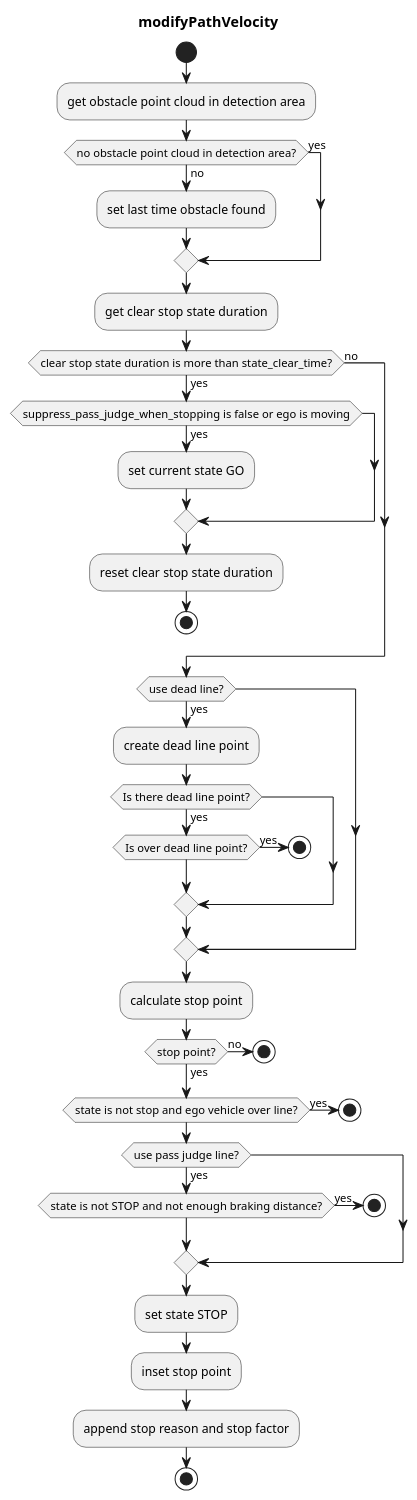
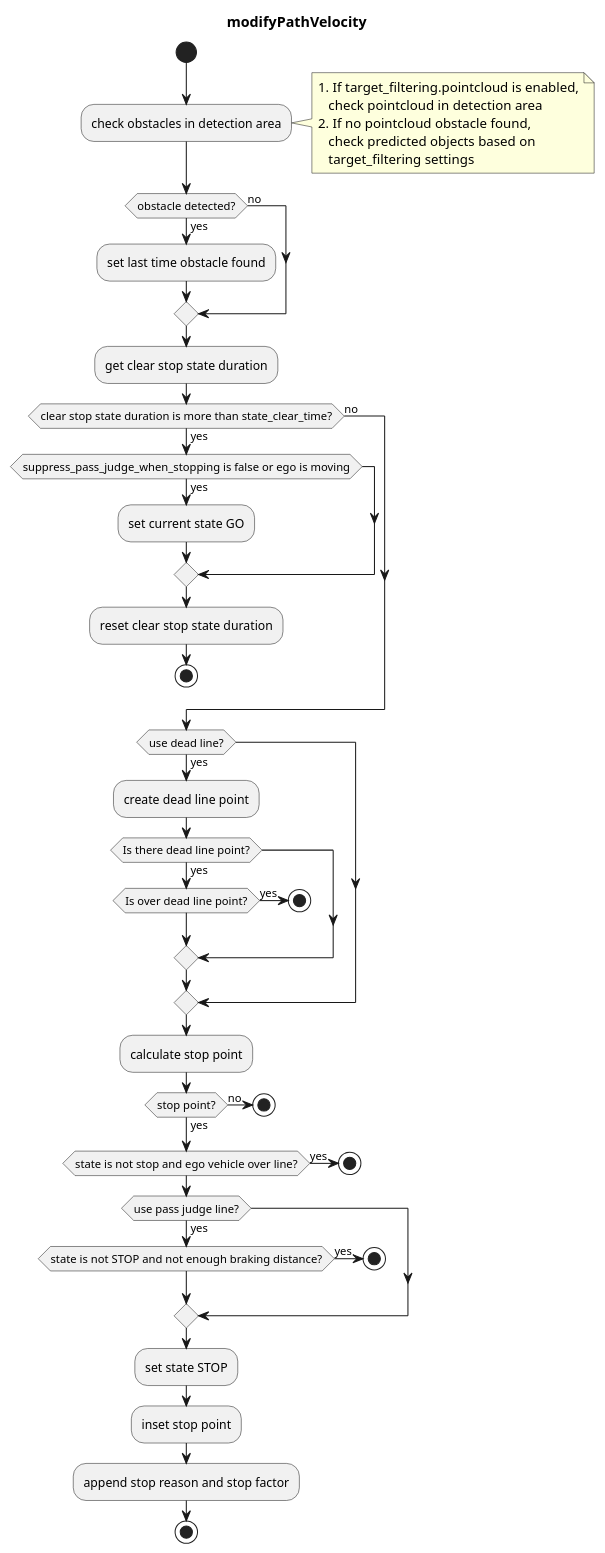
The diagram in planning/behavior_velocity_planner/autoware_behavior_velocity_detection_area_module/README.md (autowarefoundation/autoware_universe), drawn with PlantUML before and after one commit. The commit also changed other lines of this file and 8 other files, not shown here.

First line of the commit message:
feat(detection_area): enhance obstacle detection with target filtering for various object types

````diff
--- a/planning/behavior_velocity_planner/autoware_behavior_velocity_detection_area_module/README.md
+++ b/planning/behavior_velocity_planner/autoware_behavior_velocity_detection_area_module/README.md
@@ -39,59 +63,66 @@
 ```plantuml
 @startuml
 title modifyPathVelocity
 start
 
-:get obstacle point cloud in detection area;
+:check obstacles in detection area;
+note right
+  1. If target_filtering.pointcloud is enabled,
+     check pointcloud in detection area
+  2. If no pointcloud obstacle found,
+     check predicted objects based on
+     target_filtering settings
+end note
 
-if (no obstacle point cloud in detection area?) then (yes)
-else (no)
+if (obstacle detected?) then (no)
+else (yes)
   :set last time obstacle found;
 endif
 
 :get clear stop state duration;
 
 if (clear stop state duration is more than state_clear_time?) then (yes)
   if (suppress_pass_judge_when_stopping is false or ego is moving) then (yes)
     :set current state GO;
   endif
   :reset clear stop state duration;
   stop
 else (no)
 endif
 
 if (use dead line?) then (yes)
   :create dead line point;
   if (Is there dead line point?) then (yes)
     if (Is over dead line point?) then (yes)
       stop
     endif
   endif
 endif
 
 :calculate stop point;
 
 if (stop point?) then (yes)
 else (no)
   stop
 endif
 
 
 if (state is not stop and ego vehicle over line?) then (yes)
   stop
 endif
 
 if (use pass judge line?) then (yes)
   if (state is not STOP and not enough braking distance?) then (yes)
     stop
   endif
 endif
 
 :set state STOP;
 
 :inset stop point;
 
 :append stop reason and stop factor;
 
 stop
 @enduml
 ```
````
